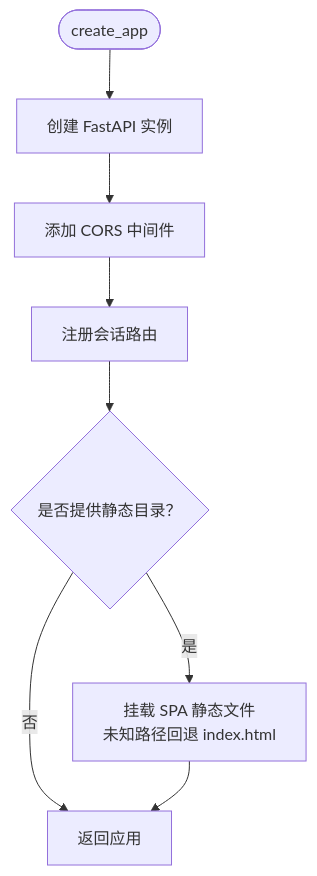
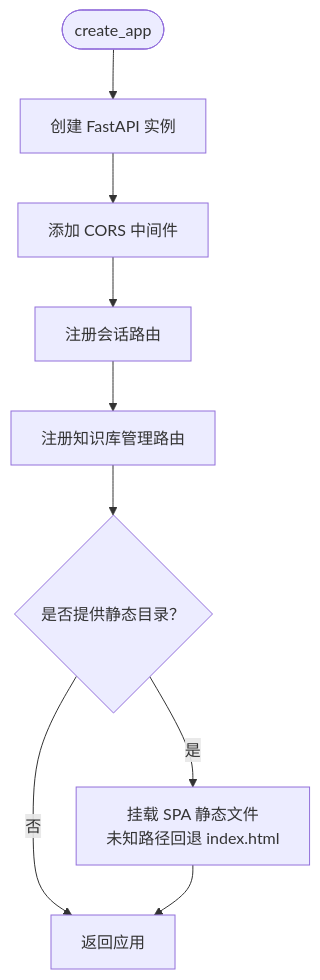
Before and after one commit to xyx1028/agentHelp: the third of 9 diagrams in .qoder/repowiki/zh/content/架构设计/Web API 系统.md, drawn with Mermaid. The commit also changed other lines of this file and 115 other files, not shown here.

````diff
--- a/.qoder/repowiki/zh/content/架构设计/Web API 系统.md
+++ b/.qoder/repowiki/zh/content/架构设计/Web API 系统.md
@@ -106,10 +125,11 @@
 ```mermaid
 flowchart TD
 Start(["create_app"]) --> CreateApp["创建 FastAPI 实例"]
 CreateApp --> AddCORS["添加 CORS 中间件"]
-AddCORS --> IncludeRouter["注册会话路由"]
-IncludeRouter --> CheckStatic{"是否提供静态目录？"}
+AddCORS --> IncludeChat["注册会话路由"]
+IncludeChat --> IncludeKnowledge["注册知识库管理路由"]
+IncludeKnowledge --> CheckStatic{"是否提供静态目录？"}
 CheckStatic --> |是| MountSPA["挂载 SPA 静态文件<br/>未知路径回退 index.html"]
 CheckStatic --> |否| ReturnApp["返回应用"]
 MountSPA --> ReturnApp
 ```
````
